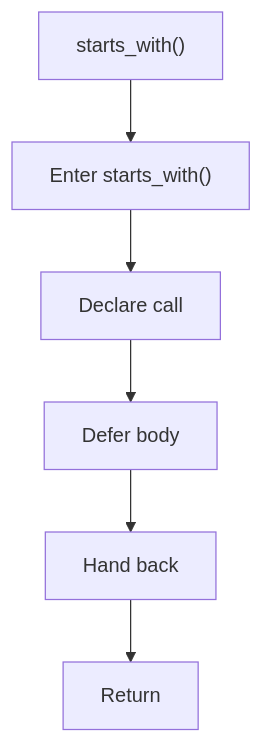
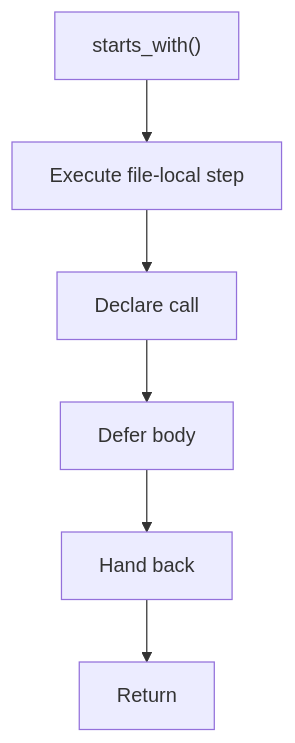
One commit to JohnAndrewBalbarosa/NeoTerritory changed the diagram in docs/Codebase/Microservice/Modules/Header/SyntacticBrokenAST/Analysis/ImplementationUse/Resolution/Symbols/Internal/Flow/functions/starts_with.hpp.md. Above: the diagram before and after it, drawn with Mermaid. The commit also changed other lines of this file and 915 other files, not shown here.

````diff
--- a/docs/Codebase/Microservice/Modules/Header/SyntacticBrokenAST/Analysis/ImplementationUse/Resolution/Symbols/Internal/Flow/functions/starts_with.hpp.md
+++ b/docs/Codebase/Microservice/Modules/Header/SyntacticBrokenAST/Analysis/ImplementationUse/Resolution/Symbols/Internal/Flow/functions/starts_with.hpp.md
@@ -16,14 +16,14 @@
 ```mermaid
 flowchart TD
     Start["starts_with()"]
-    N0["Enter starts_with()"]
+    N0["Execute file-local step"]
     N1["Declare call"]
     N2["Defer body"]
     N3["Hand back"]
     End["Return"]
     Start --> N0
     N0 --> N1
     N1 --> N2
     N2 --> N3
     N3 --> End
 ```
````
